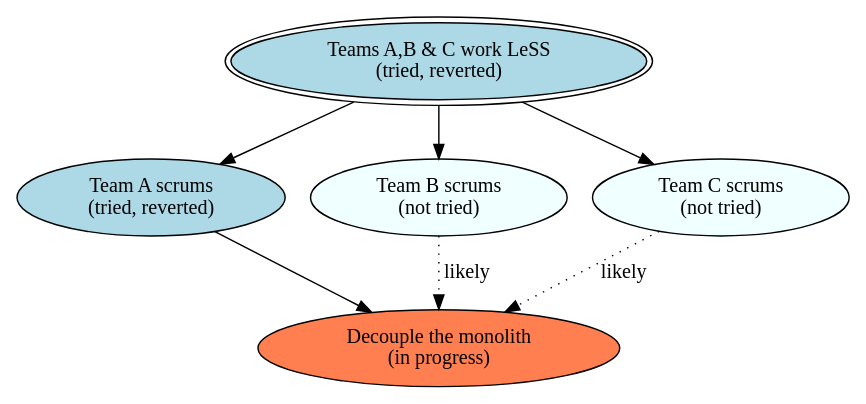
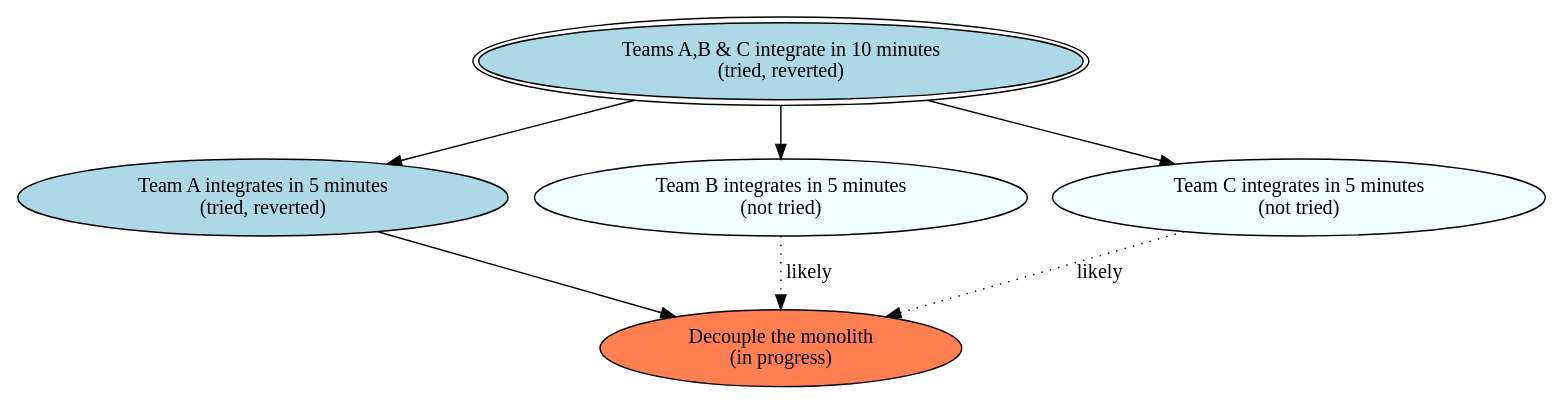
One commit to philou/philou.github.com changed the diagram in source/imgs/2018-01-22-reducing-the-risks-of-large-organization-changes-with-the-mikado-method-part-2/sample-mikado.gv. Above: the diagram before and after it, drawn with Graphviz. The commit also changed 3 other files, not shown here.

```diff
--- a/source/imgs/2018-01-22-reducing-the-risks-of-large-organization-changes-with-the-mikado-method-part-2/sample-mikado.gv
+++ b/source/imgs/2018-01-22-reducing-the-risks-of-large-organization-changes-with-the-mikado-method-part-2/sample-mikado.gv
@@ -1,23 +1,23 @@
 digraph {
 
 LeSS_ABC -> Scrum_A;
 LeSS_ABC -> Scrum_B;
 LeSS_ABC -> Scrum_C;
 
 Scrum_A -> Decouple_architecture;
 Scrum_B -> Decouple_architecture[style=dotted,label=likely];
 Scrum_C -> Decouple_architecture[style=dotted,label=likely];
 
-LeSS_ABC[label="Teams A,B & C work LeSS\n(tried, reverted)", peripheries=2,style=filled,fillcolor=lightblue];
+LeSS_ABC[label="Teams A,B & C integrate in 10 minutes\n(tried, reverted)", peripheries=2,style=filled,fillcolor=lightblue];
 
-Scrum_A[label="Team A scrums\n(tried, reverted)",style=filled,fillcolor=lightblue];
-Scrum_B[label="Team B scrums\n(not tried)",style=filled,fillcolor=azure];
-Scrum_C[label="Team C scrums\n(not tried)",style=filled,fillcolor=azure];
+Scrum_A[label="Team A integrates in 5 minutes\n(tried, reverted)",style=filled,fillcolor=lightblue];
+Scrum_B[label="Team B integrates in 5 minutes\n(not tried)",style=filled,fillcolor=azure];
+Scrum_C[label="Team C integrates in 5 minutes\n(not tried)",style=filled,fillcolor=azure];
 
 Decouple_architecture[label="Decouple the monolith\n(in progress)",style=filled,fillcolor=coral];
 
 
 
 
 
 }
```
